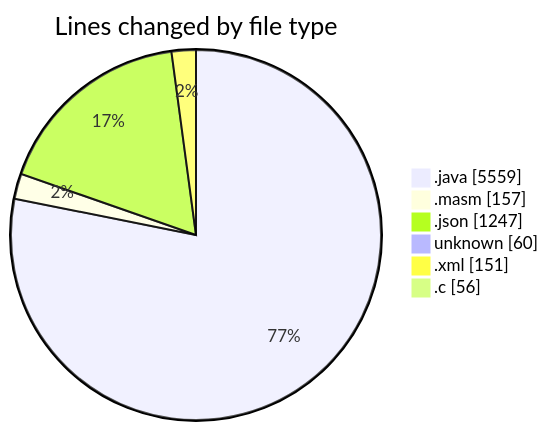
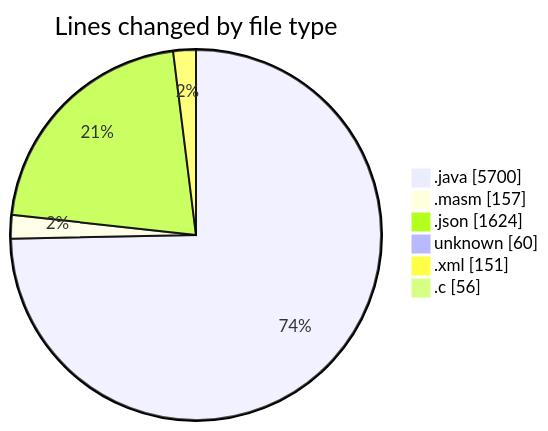
Before and after one commit to charlie-sans/code-tracking: the first of 2 diagrams in 2025-02-19/masm/README.md, drawn with Mermaid. The commit also changed other lines of this file and 1 other file, not shown here.

````diff
--- a/2025-02-19/masm/README.md
+++ b/2025-02-19/masm/README.md
@@ -44,10 +45,10 @@
 ```mermaid
 pie showData
 title Lines changed by file type
-".java" : 5559
+".java" : 5700
 ".masm" : 157
-".json" : 1247
+".json" : 1624
 "unknown" : 60
 ".xml" : 151
 ".c" : 56
 ```
````
